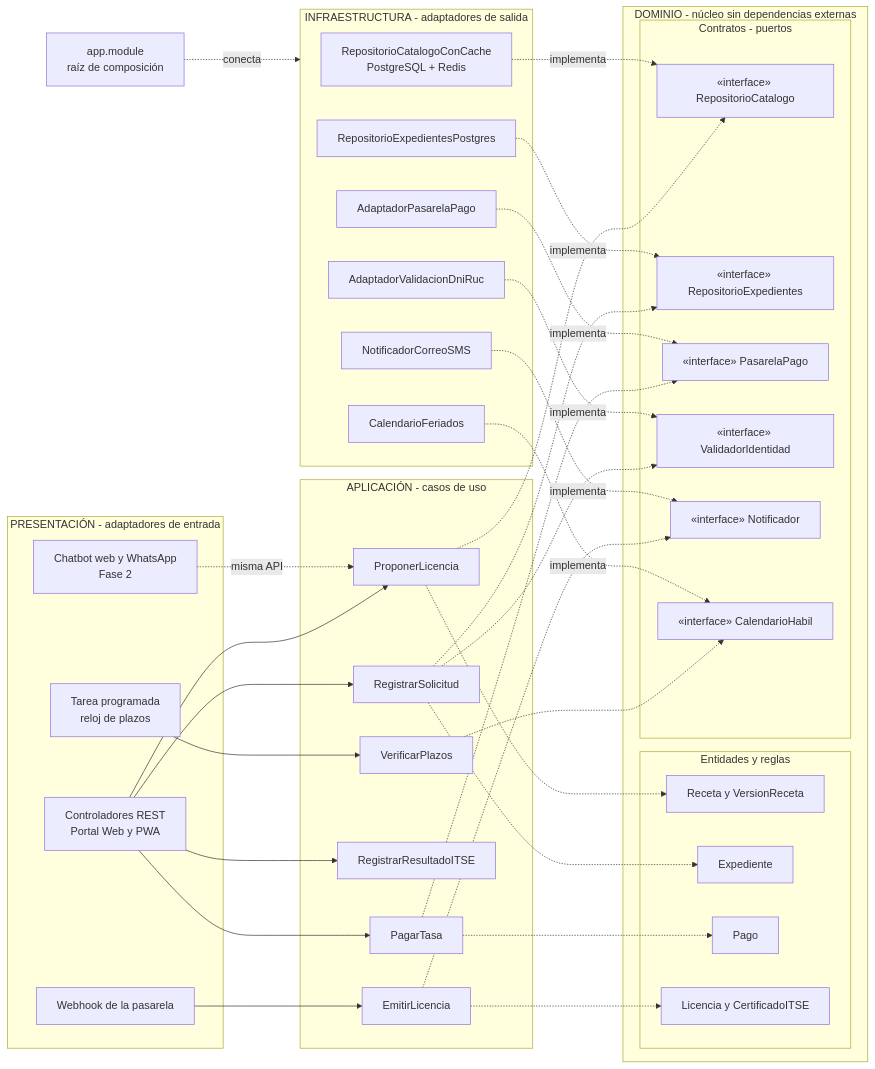
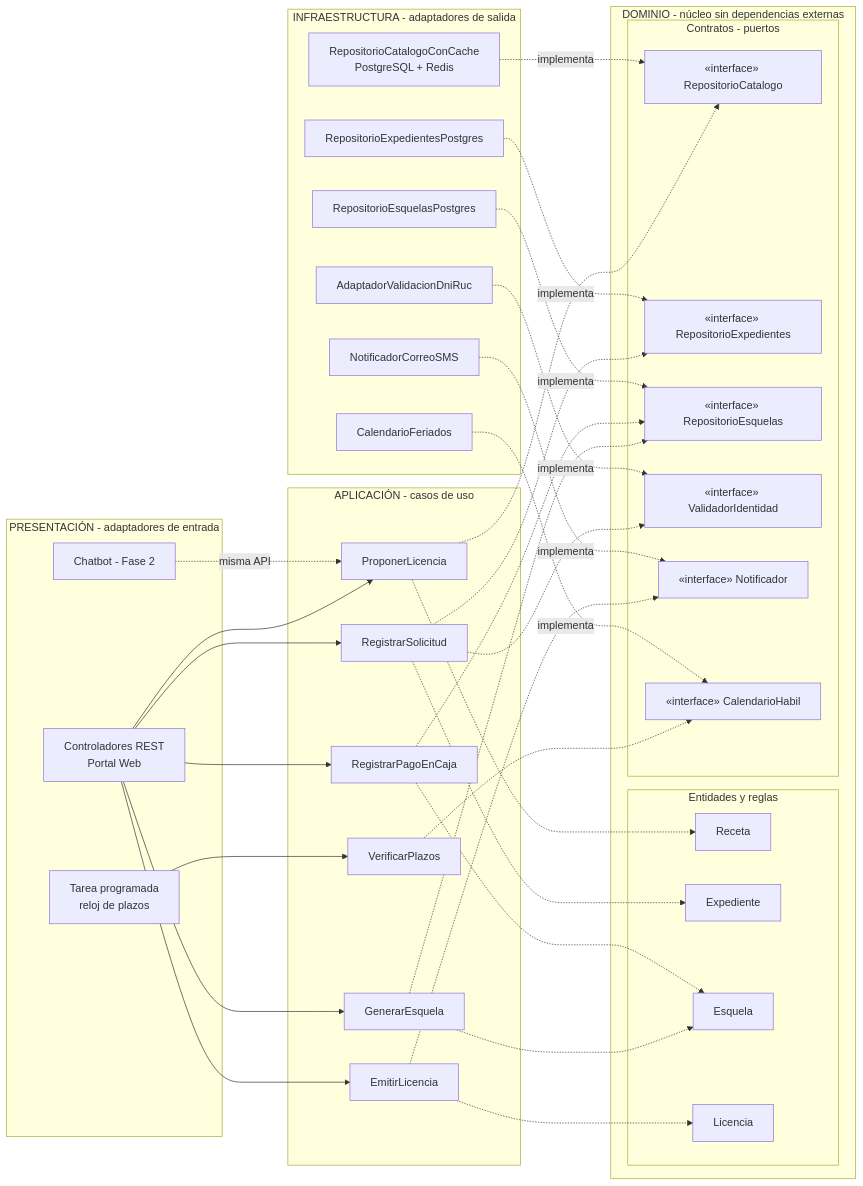
The diagram in docs/02-arquitectura-software/enfoque-arquitectonico.md (yeymyloson18/Licencias-Huanta-arquitSoft-JEIMY), drawn with Mermaid before and after one commit. The commit also changed other lines of this file, not shown here.

Commit message:
docs: actualizar enfoque clean architecture con esquelas

````diff
--- a/docs/02-arquitectura-software/enfoque-arquitectonico.md
+++ b/docs/02-arquitectura-software/enfoque-arquitectonico.md
@@ -58,74 +38,71 @@
 ```mermaid
 flowchart LR
     subgraph ENTRADA["PRESENTACIÓN - adaptadores de entrada"]
-        Ctrl["Controladores REST<br/>Portal Web y PWA"]
+        Ctrl["Controladores REST<br/>Portal Web"]
         Cron["Tarea programada<br/>reloj de plazos"]
-        Hook["Webhook de la pasarela"]
-        Bot["Chatbot web y WhatsApp<br/>Fase 2"]
+        Bot["Chatbot - Fase 2"]
     end
 
     subgraph APP["APLICACIÓN - casos de uso"]
         U1["ProponerLicencia"]
         U2["RegistrarSolicitud"]
-        U3["PagarTasa"]
-        U4["RegistrarResultadoITSE"]
+        U3["GenerarEsquela"]
+        U4["RegistrarPagoEnCaja"]
         U5["EmitirLicencia"]
         U6["VerificarPlazos"]
     end
 
     subgraph DOM["DOMINIO - núcleo sin dependencias externas"]
         subgraph ENT["Entidades y reglas"]
-            Receta["Receta y VersionReceta"]
+            Receta["Receta"]
             Exp["Expediente"]
-            Pago["Pago"]
-            Lic["Licencia y CertificadoITSE"]
+            Esq["Esquela"]
+            Lic["Licencia"]
         end
         subgraph PUERTOS["Contratos - puertos"]
             P1["«interface» RepositorioCatalogo"]
             P2["«interface» RepositorioExpedientes"]
-            P3["«interface» PasarelaPago"]
+            P3["«interface» RepositorioEsquelas"]
             P4["«interface» ValidadorIdentidad"]
             P5["«interface» Notificador"]
             P6["«interface» CalendarioHabil"]
         end
     end
 
     subgraph INFRA["INFRAESTRUCTURA - adaptadores de salida"]
         A1["RepositorioCatalogoConCache<br/>PostgreSQL + Redis"]
         A2["RepositorioExpedientesPostgres"]
-        A3["AdaptadorPasarelaPago"]
+        A3["RepositorioEsquelasPostgres"]
         A4["AdaptadorValidacionDniRuc"]
         A5["NotificadorCorreoSMS"]
         A6["CalendarioFeriados"]
     end
 
-    Raiz["app.module<br/>raíz de composición"]
-
     Ctrl --> U1
     Ctrl --> U2
     Ctrl --> U3
     Ctrl --> U4
-    Hook --> U5
+    Ctrl --> U5
     Cron --> U6
     Bot -.->|"misma API"| U1
 
     U1 -.-> Receta
     U2 -.-> Exp
-    U3 -.-> Pago
+    U3 -.-> Esq
+    U4 -.-> Esq
     U5 -.-> Lic
     U1 -.-> P1
     U2 -.-> P2
     U2 -.-> P4
     U3 -.-> P3
+    U4 -.-> P3
     U5 -.-> P5
     U6 -.-> P6
 
     A1 -.->|"implementa"| P1
     A2 -.->|"implementa"| P2
     A3 -.->|"implementa"| P3
     A4 -.->|"implementa"| P4
     A5 -.->|"implementa"| P5
     A6 -.->|"implementa"| P6
-
-    Raiz -.->|"conecta"| INFRA
 ```
````
